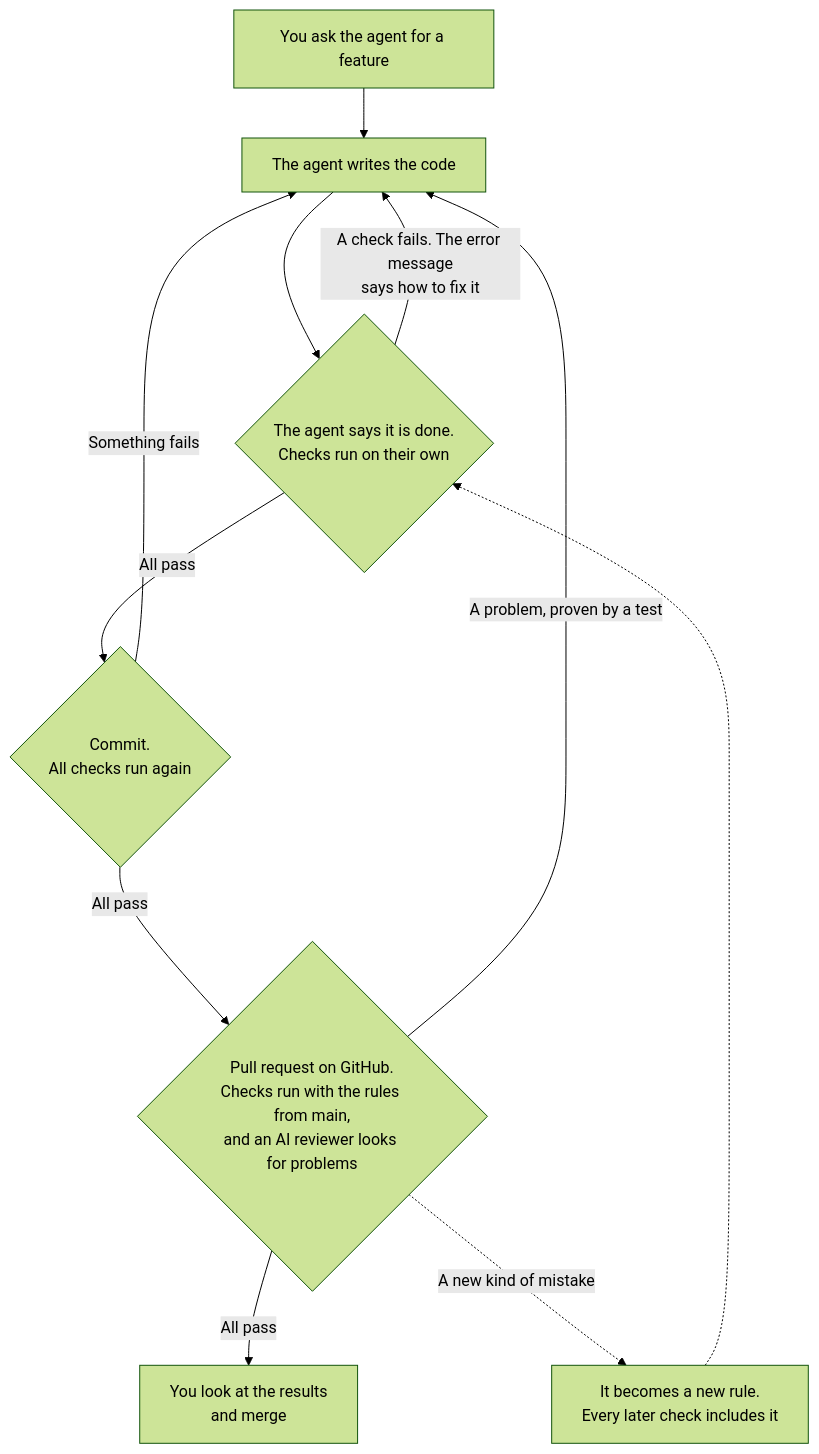
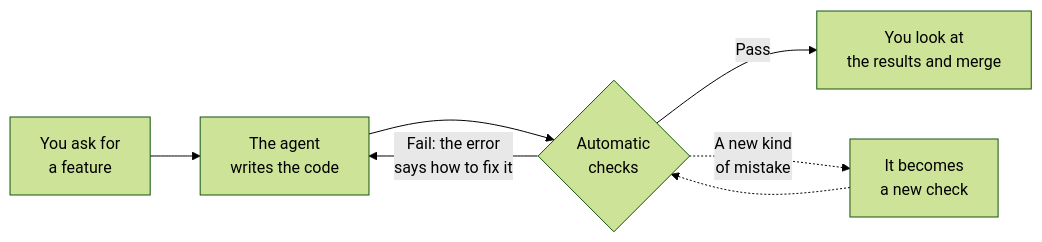
One commit to Tim-rppl/trust-pyramid changed the diagram in README.md. Above: the diagram before and after it, drawn with Mermaid (forest theme). The commit also changed other lines of this file and 1 other file, not shown here.

Commit message:
README: simpler, left-to-right flowchart

````diff
--- a/README.md
+++ b/README.md
@@ -119,13 +119,9 @@
 ```mermaid
-flowchart TD
-    A["You ask the agent for a feature"] --> B["The agent writes the code"]
-    B --> C{"The agent says it is done.<br/>Checks run on their own"}
-    C -- "A check fails. The error message<br/>says how to fix it" --> B
-    C -- "All pass" --> D{"Commit.<br/>All checks run again"}
-    D -- "Something fails" --> B
-    D -- "All pass" --> E{"Pull request on GitHub.<br/>Checks run with the rules from main,<br/>and an AI reviewer looks for problems"}
-    E -- "A problem, proven by a test" --> B
-    E -- "All pass" --> F["You look at the results<br/>and merge"]
-    E -. "A new kind of mistake" .-> G["It becomes a new rule.<br/>Every later check includes it"]
-    G -.-> C
+flowchart LR
+    A["You ask for<br/>a feature"] --> B["The agent<br/>writes the code"]
+    B --> C{"Automatic<br/>checks"}
+    C -- "Fail: the error<br/>says how to fix it" --> B
+    C -- "Pass" --> D["You look at<br/>the results and merge"]
+    C -. "A new kind<br/>of mistake" .-> E["It becomes<br/>a new check"]
+    E -.-> C
 ```
````
